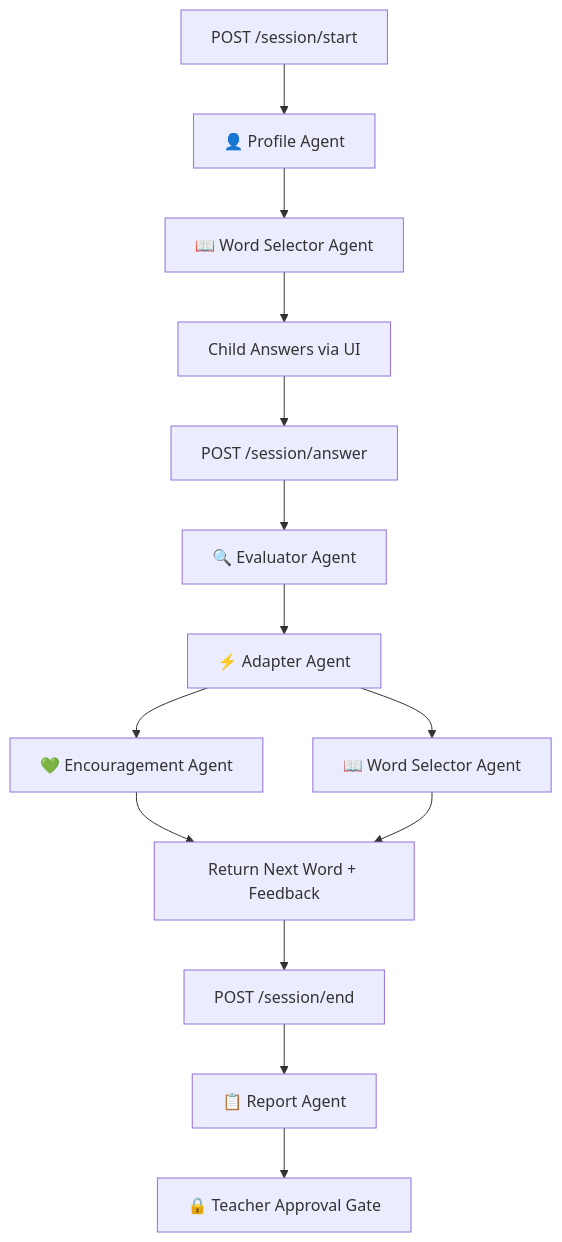
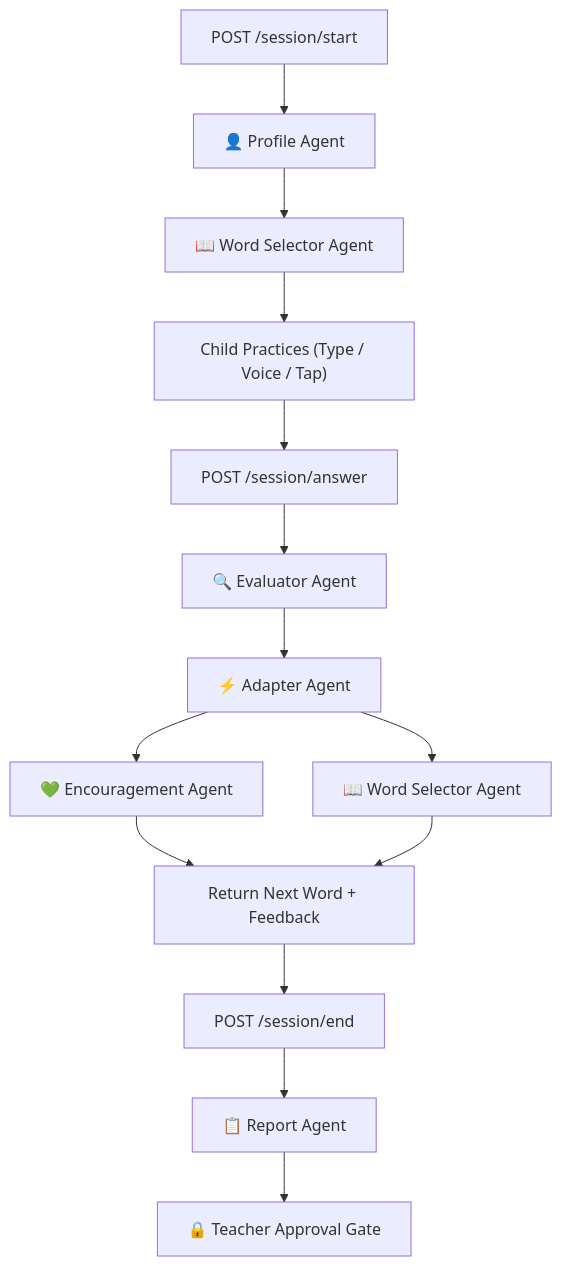
The second of 2 diagrams in WordBloom_System_Overview.md (soumyaritu/WordBloom), drawn with Mermaid before and after one commit. The commit also changed other lines of this file and 21 other files, not shown here.

Commit message:
feat: enhance WordBloom multi-agent system, UDL accessibility, and complete architectural documentation

````diff
--- a/WordBloom_System_Overview.md
+++ b/WordBloom_System_Overview.md
@@ -57,16 +145,16 @@
 ```mermaid
 graph TD
-    A[POST /session/start] --> B[👤 Profile Agent]
-    B --> C[📖 Word Selector Agent]
-    C --> D[Child Answers via UI]
-    D --> E[POST /session/answer]
-    E --> F[🔍 Evaluator Agent]
-    F --> G[⚡ Adapter Agent]
-    G --> H1[💚 Encouragement Agent]
-    G --> H2[📖 Word Selector Agent]
-    H1 --> I[Return Next Word + Feedback]
+    A["POST /session/start"] --> B["👤 Profile Agent"]
+    B --> C["📖 Word Selector Agent"]
+    C --> D["Child Practices (Type / Voice / Tap)"]
+    D --> E["POST /session/answer"]
+    E --> F["🔍 Evaluator Agent"]
+    F --> G["⚡ Adapter Agent"]
+    G --> H1["💚 Encouragement Agent"]
+    G --> H2["📖 Word Selector Agent"]
+    H1 --> I["Return Next Word + Feedback"]
     H2 --> I
-    I --> J[POST /session/end]
-    J --> K[📋 Report Agent]
-    K --> L[🔒 Teacher Approval Gate]
+    I --> J["POST /session/end"]
+    J --> K["📋 Report Agent"]
+    K --> L["🔒 Teacher Approval Gate"]
 ```
````
